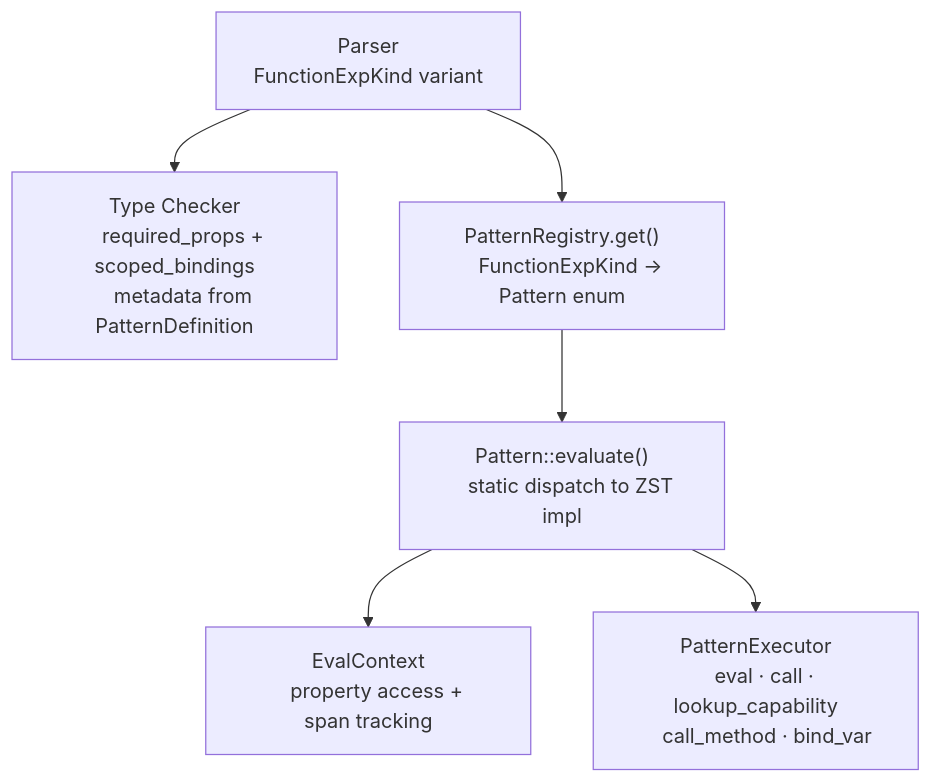
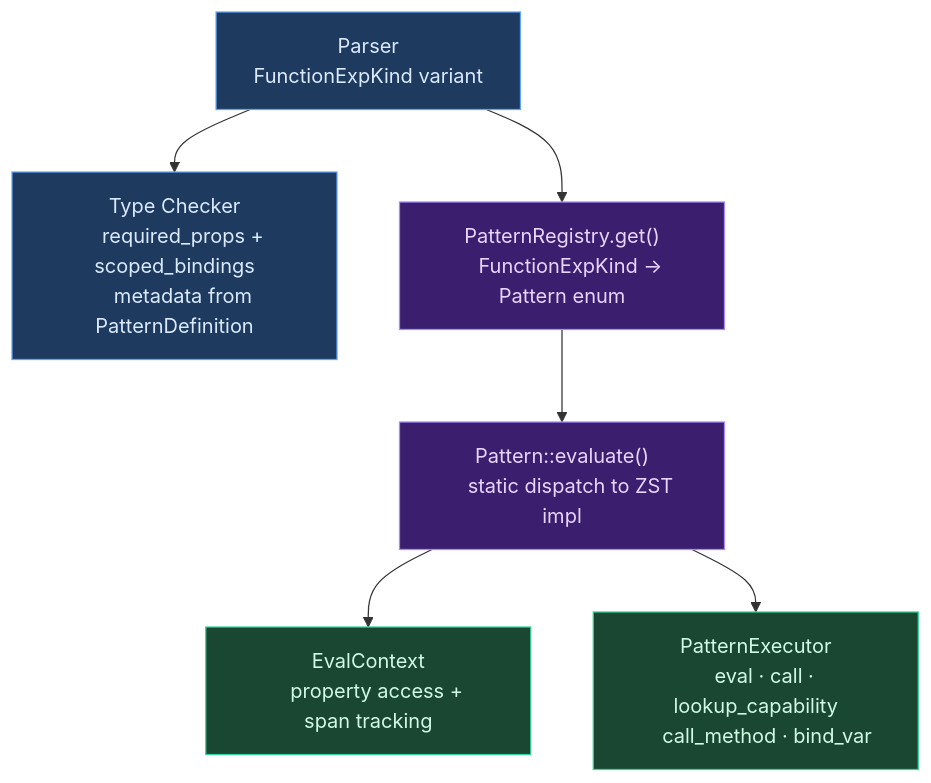
One commit to upstat-io/ori-lang changed the diagram in docs/compiler/design/06-pattern-system/index.md. Above: the diagram before and after it, drawn with Mermaid. The commit also changed other lines of this file and 152 other files, not shown here.

````diff
--- a/docs/compiler/design/06-pattern-system/index.md
+++ b/docs/compiler/design/06-pattern-system/index.md
@@ -43,23 +89,34 @@
 ```mermaid
 flowchart TB
     AST["Parser
     FunctionExpKind variant"]
     TC["Type Checker
     required_props + scoped_bindings
     metadata from PatternDefinition"]
     REG["PatternRegistry.get()
     FunctionExpKind → Pattern enum"]
     PAT["Pattern::evaluate()
     static dispatch to ZST impl"]
     CTX["EvalContext
     property access + span tracking"]
     EXEC["PatternExecutor
     eval · call · lookup_capability
     call_method · bind_var"]
 
     AST --> TC
     AST --> REG
     REG --> PAT
     PAT --> CTX
     PAT --> EXEC
+
+    classDef frontend fill:#1e3a5f,stroke:#60a5fa,color:#dbeafe
+    classDef canon fill:#3b1f6e,stroke:#a78bfa,color:#e9d5ff
+    classDef interpreter fill:#1a4731,stroke:#34d399,color:#d1fae5
+
+    class AST frontend
+    class TC frontend
+    class REG canon
+    class PAT canon
+    class CTX interpreter
+    class EXEC interpreter
 ```
````
